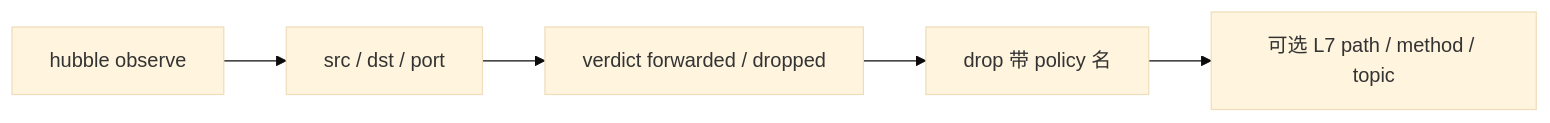
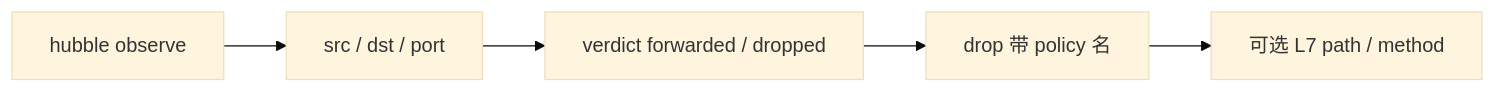
Before and after one commit to ml-cuizijun/LearnToLilith: the fifth of 7 diagrams in 03-Kubernetes/25-eBPF与Cilium/知识点.md, drawn with Mermaid (base theme). The commit also changed other lines of this file and 178 other files, not shown here.

````diff
--- a/03-Kubernetes/25-eBPF与Cilium/知识点.md
+++ b/03-Kubernetes/25-eBPF与Cilium/知识点.md
@@ -204,9 +196,7 @@
 ```mermaid
 flowchart LR
     a[hubble observe] --> b[src / dst / port]
     b --> c[verdict forwarded / dropped]
     c --> d[drop 带 policy 名]
-    d --> e[可选 L7 path / method / topic]
-
-    class a,b,c,d,e a
+    d --> e[可选 L7 path / method]
 ```
````
